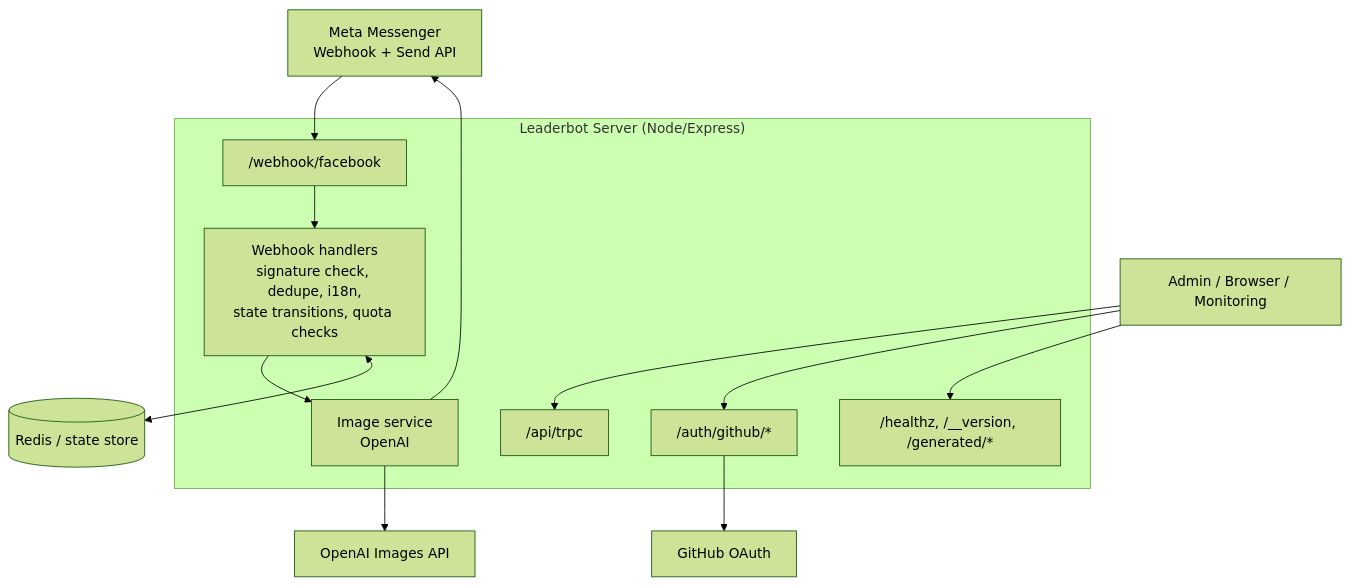
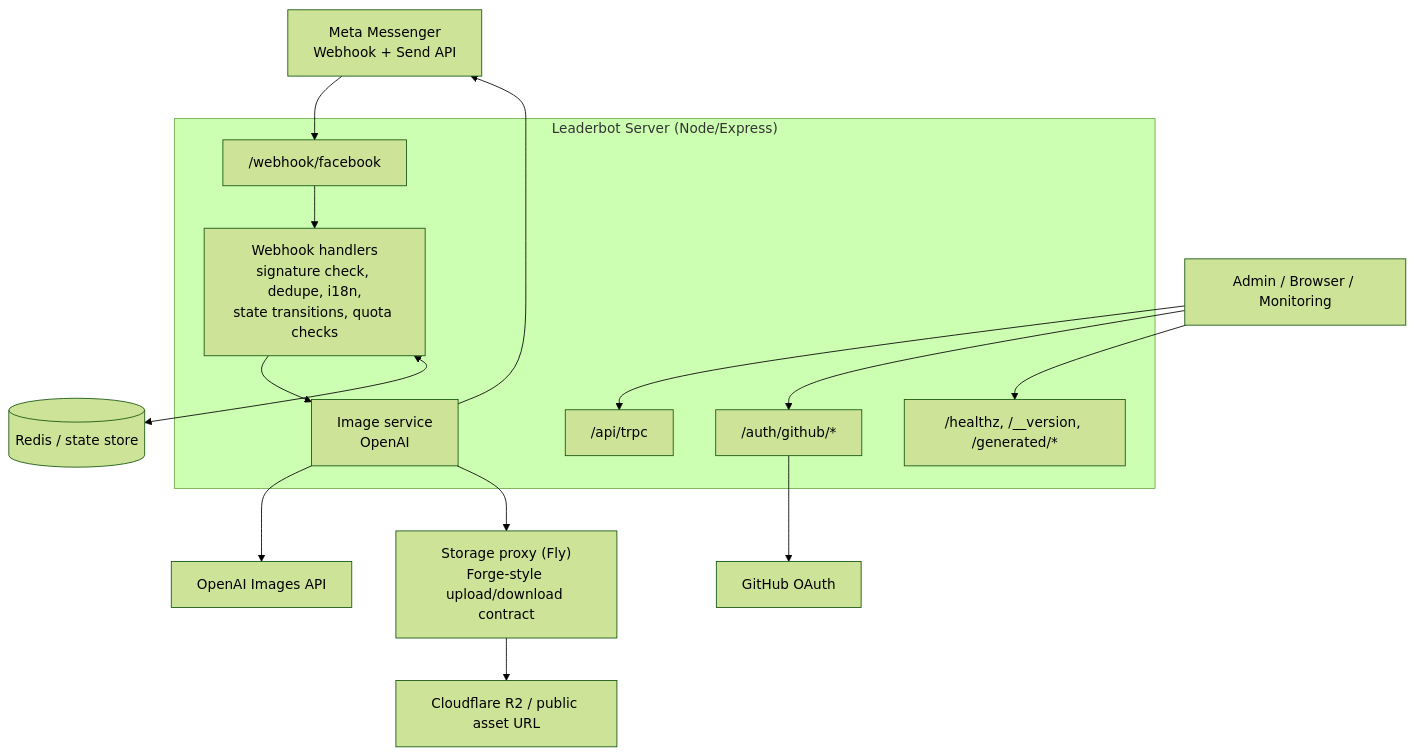
Before and after one commit to Dj-Shortcut/leaderbot-fb-image-gen: the diagram in docs/architecture.md, drawn with Mermaid (forest theme). The commit also changed other lines of this file, not shown here.

Commit message:
Document Cloudflare asset flow in architecture guide

````diff
--- a/docs/architecture.md
+++ b/docs/architecture.md
@@ -71,30 +78,34 @@
 ```mermaid
 flowchart TD
     MM["Meta Messenger<br/>Webhook + Send API"]
     UA["Admin / Browser / Monitoring"]
 
     subgraph LB["Leaderbot Server (Node/Express)"]
         WH["/webhook/facebook"]
         TRPC["/api/trpc"]
         AUTH["/auth/github/*"]
         OPS["/healthz, /__version, /generated/*"]
         HANDLERS["Webhook handlers<br/>signature check, dedupe, i18n,<br/>state transitions, quota checks"]
         IMG["Image service<br/>OpenAI"]
     end
 
     REDIS[("Redis / state store")]
     OPENAI["OpenAI Images API"]
     GITHUB["GitHub OAuth"]
+    PROXY["Storage proxy (Fly)<br/>Forge-style upload/download contract"]
+    R2["Cloudflare R2 / public asset URL"]
 
     MM --> WH
     WH --> HANDLERS
     HANDLERS --> IMG
     HANDLERS <--> REDIS
     IMG --> OPENAI
+    IMG --> PROXY
+    PROXY --> R2
     IMG --> MM
 
     UA --> TRPC
     UA --> AUTH
     UA --> OPS
     AUTH --> GITHUB
 ```
````
